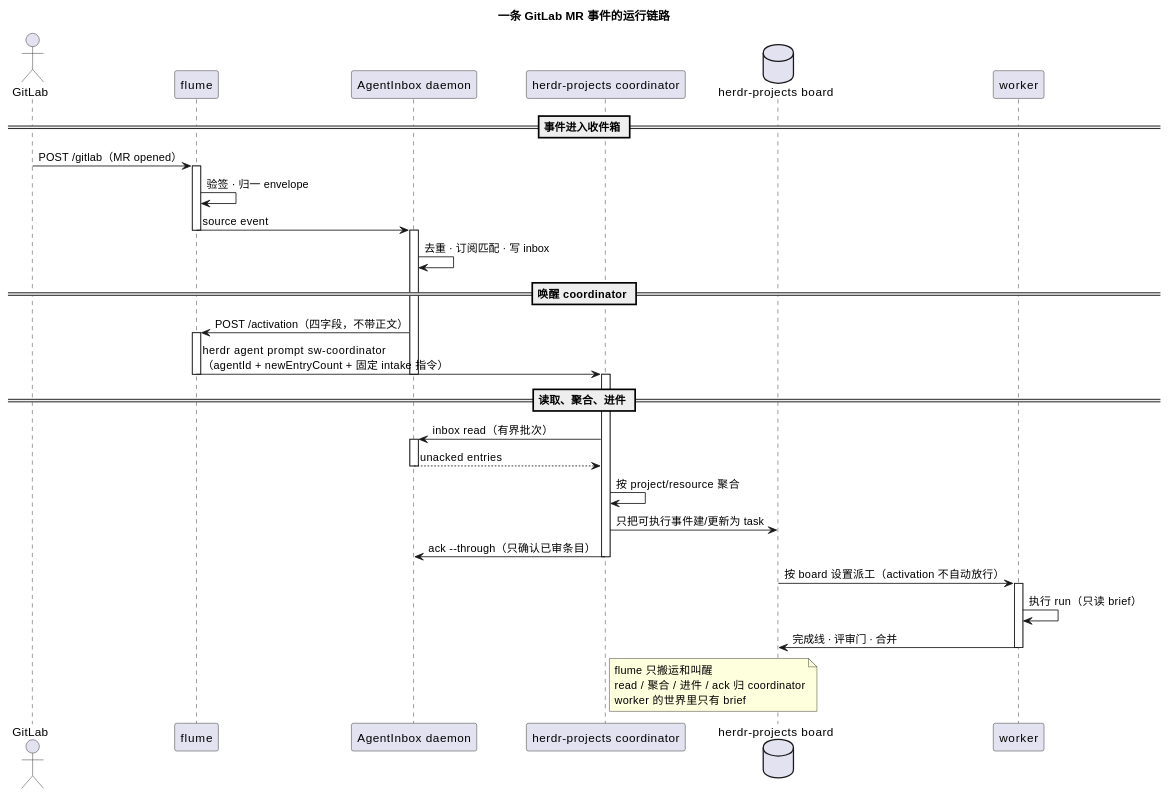
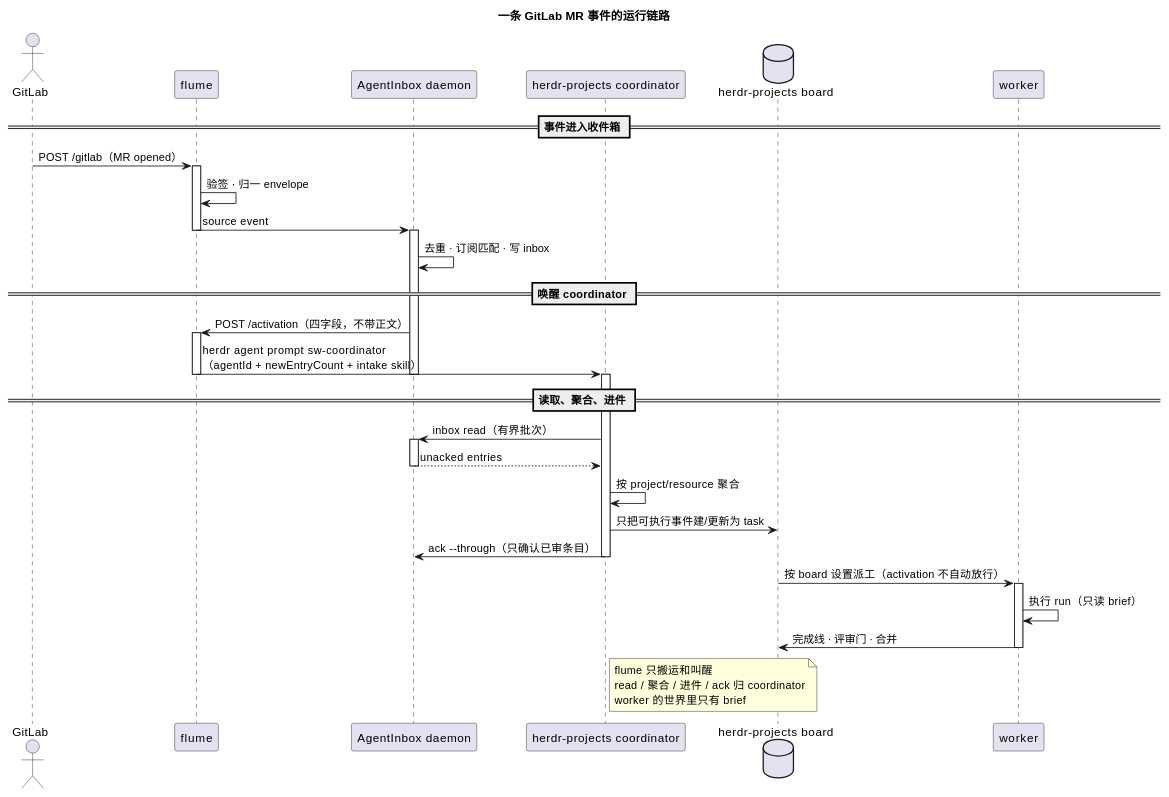
Before and after one commit to iodone/flume: the diagram in README.md, drawn with PlantUML. The commit also changed other lines of this file and 6 other files, not shown here.

Commit message:
feat(wake): route AgentInbox activations through GitLab intake skill

````diff
--- a/README.md
+++ b/README.md
@@ -122,52 +138,52 @@
 ```plantuml
 @startuml
 title 一条 GitLab MR 事件的运行链路
 
 actor       "GitLab"                      as GL
 participant "flume"                       as FL
 participant "AgentInbox daemon"           as AI
 participant "herdr-projects coordinator"  as CO
 database    "herdr-projects board"        as BD
 participant "worker"                      as WK
 
 == 事件进入收件箱 ==
 GL -> FL : POST /gitlab（MR opened）
 activate FL
 FL -> FL : 验签 · 归一 envelope
 FL -> AI : source event
 deactivate FL
 activate AI
 AI -> AI : 去重 · 订阅匹配 · 写 inbox
 
 == 唤醒 coordinator ==
 AI -> FL : POST /activation（四字段，不带正文）
 activate FL
-FL -> CO : herdr agent prompt sw-coordinator\n（agentId + newEntryCount + 固定 intake 指令）
+FL -> CO : herdr agent prompt sw-coordinator\n（agentId + newEntryCount + intake skill）
 deactivate FL
 deactivate AI
 
 == 读取、聚合、进件 ==
 activate CO
 CO -> AI : inbox read（有界批次）
 activate AI
 AI --> CO : unacked entries
 deactivate AI
 CO -> CO : 按 project/resource 聚合
 CO -> BD : 只把可执行事件建/更新为 task
 CO -> AI : ack --through（只确认已审条目）
 deactivate CO
 
 BD -> WK : 按 board 设置派工（activation 不自动放行）
 activate WK
 WK -> WK : 执行 run（只读 brief）
 WK -> BD : 完成线 · 评审门 · 合并
 deactivate WK
 
 note right of CO
   flume 只搬运和叫醒
   read / 聚合 / 进件 / ack 归 coordinator
   worker 的世界里只有 brief
 end note
 
 @enduml
 ```
````
